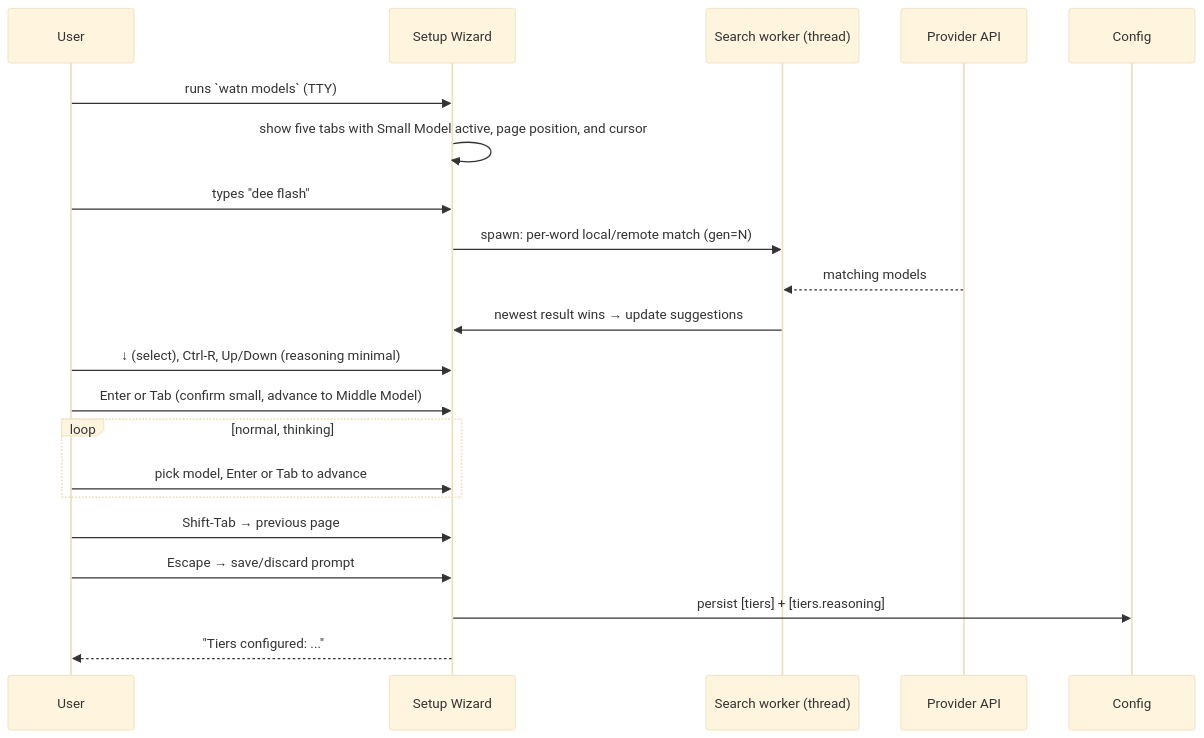
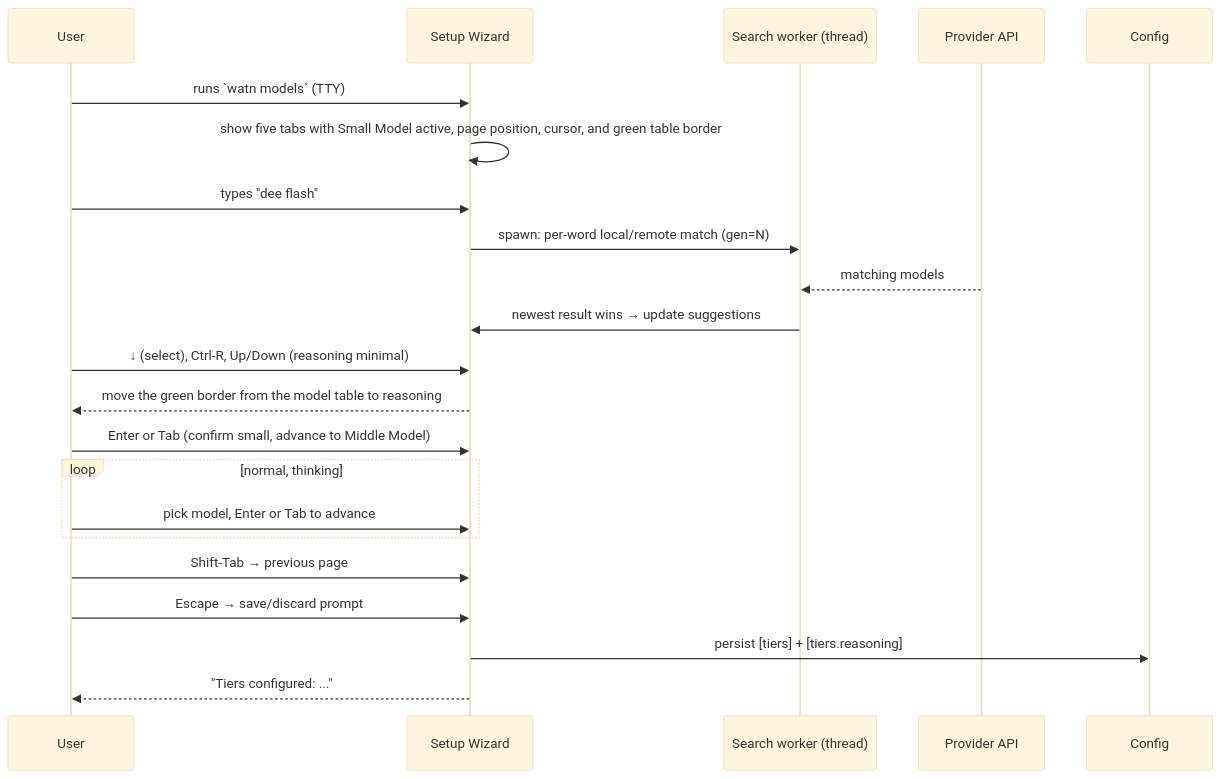
One commit to buster/watn changed the eighth of 19 diagrams in docs/arc42/06-runtime-view.md. Above: the diagram before and after it, drawn with Mermaid (base theme). The commit also changed other lines of this file and 18 other files, not shown here.

Commit message:
feat(highlight-active-setup-input): The initial URL input has a green border

````diff
--- a/docs/arc42/06-runtime-view.md
+++ b/docs/arc42/06-runtime-view.md
@@ -313,24 +315,25 @@
 ```mermaid
 sequenceDiagram
     participant User as User
     participant Wizard as Setup Wizard
     participant Worker as Search worker (thread)
     participant API as Provider API
     participant Config as Config
 
     User->>Wizard: runs `watn models` (TTY)
-    Wizard->>Wizard: show five tabs with Small Model active, page position, and cursor
+    Wizard->>Wizard: show five tabs with Small Model active, page position, cursor, and green table border
     User->>Wizard: types "dee flash"
     Wizard->>Worker: spawn: per-word local/remote match (gen=N)
     API-->>Worker: matching models
     Worker->>Wizard: newest result wins → update suggestions
     User->>Wizard: ↓ (select), Ctrl-R, Up/Down (reasoning minimal)
+    Wizard-->>User: move the green border from the model table to reasoning
     User->>Wizard: Enter or Tab (confirm small, advance to Middle Model)
     loop normal, thinking
         User->>Wizard: pick model, Enter or Tab to advance
     end
     User->>Wizard: Shift-Tab → previous page
     User->>Wizard: Escape → save/discard prompt
     Wizard->>Config: persist [tiers] + [tiers.reasoning]
     Wizard-->>User: "Tiers configured: ..."
 ```
````
